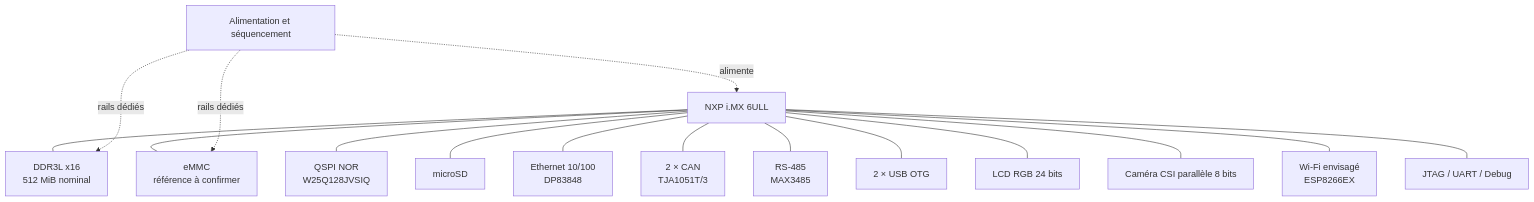
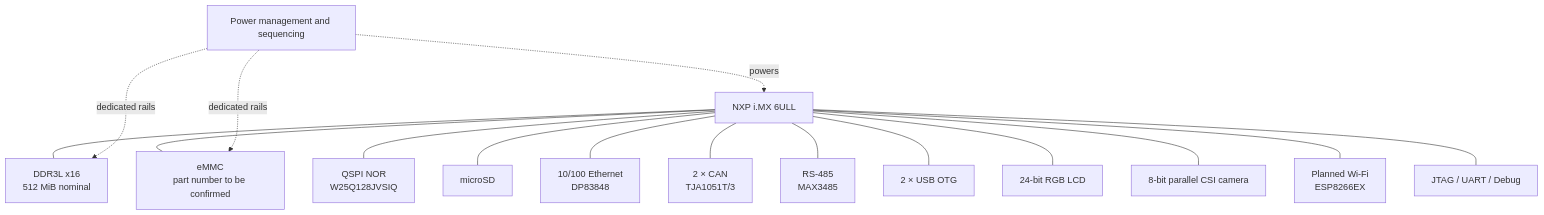
Before and after one commit to aelbouhi0131-lang/BETABAKE_REV1.0: the diagram in README.md, drawn with Mermaid. The commit also changed other lines of this file, not shown here.

````diff
--- a/README.md
+++ b/README.md
@@ -90,33 +90,33 @@
 ```mermaid
 flowchart TB
-    SOC[ NXP i.MX 6ULL ]
+    SOC[NXP i.MX 6ULL]
     DDR[DDR3L x16<br/>512 MiB nominal]
-    EMMC[eMMC<br/>référence à confirmer]
+    EMMC[eMMC<br/>part number to be confirmed]
     QSPI[QSPI NOR<br/>W25Q128JVSIQ]
     SD[microSD]
-    ETH[Ethernet 10/100<br/>DP83848]
+    ETH[10/100 Ethernet<br/>DP83848]
     CAN[2 × CAN<br/>TJA1051T/3]
     RS[RS-485<br/>MAX3485]
     USB[2 × USB OTG]
-    LCD[LCD RGB 24 bits]
-    CSI[Caméra CSI parallèle 8 bits]
-    WIFI[Wi-Fi envisagé<br/>ESP8266EX]
-    PWR[Alimentation et séquencement]
+    LCD[24-bit RGB LCD]
+    CSI[8-bit parallel CSI camera]
+    WIFI[Planned Wi-Fi<br/>ESP8266EX]
+    PWR[Power management and sequencing]
     DEBUG[JTAG / UART / Debug]
 
     SOC --- DDR
     SOC --- EMMC
     SOC --- QSPI
     SOC --- SD
     SOC --- ETH
     SOC --- CAN
     SOC --- RS
     SOC --- USB
     SOC --- LCD
     SOC --- CSI
     SOC --- WIFI
     SOC --- DEBUG
-    PWR -. alimente .-> SOC
-    PWR -. rails dédiés .-> DDR
-    PWR -. rails dédiés .-> EMMC
+    PWR -. powers .-> SOC
+    PWR -. dedicated rails .-> DDR
+    PWR -. dedicated rails .-> EMMC
 ```
````
